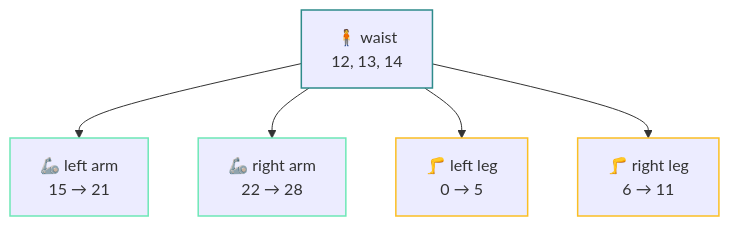
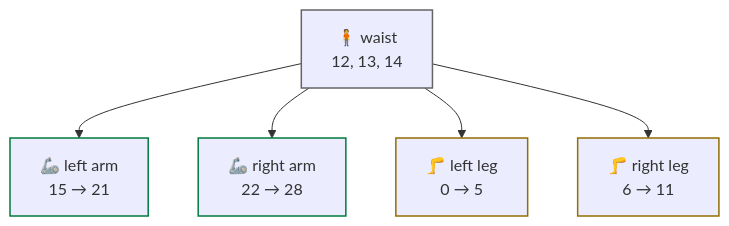
The diagram in docs/reference/joints.md (cagataycali/neon-the-g1), drawn with Mermaid before and after one commit. The commit also changed 10 other files, not shown here.

Commit message:
mermaid: Material renders the fences itself; --md-mermaid-* tokens put diagrams in ink on the page surface, classDef strokes in the palette (green / grey / amber), neon's own mermaid@10 renderer and both init scripts removed

````diff
--- a/docs/reference/joints.md
+++ b/docs/reference/joints.md
@@ -11,20 +11,20 @@
 ```mermaid
 flowchart TB
   T["🧍 waist<br/>12, 13, 14"]
   LA["🦾 left arm<br/>15 → 21"]
   RA["🦾 right arm<br/>22 → 28"]
   LL["🦵 left leg<br/>0 → 5"]
   RL["🦵 right leg<br/>6 → 11"]
 
   T --> LA
   T --> RA
   T --> LL
   T --> RL
 
-  classDef core stroke:#2e8b8b,stroke-width:1.5px
-  classDef arm stroke:#6ee7b7,stroke-width:1.5px
-  classDef leg stroke:#fbbf24,stroke-width:1.5px
+  classDef core stroke:#666464,stroke-width:1.5px
+  classDef arm stroke:#007a3d,stroke-width:1.5px
+  classDef leg stroke:#946e00,stroke-width:1.5px
   class T core
   class LA,RA arm
   class LL,RL leg
 ```
````
